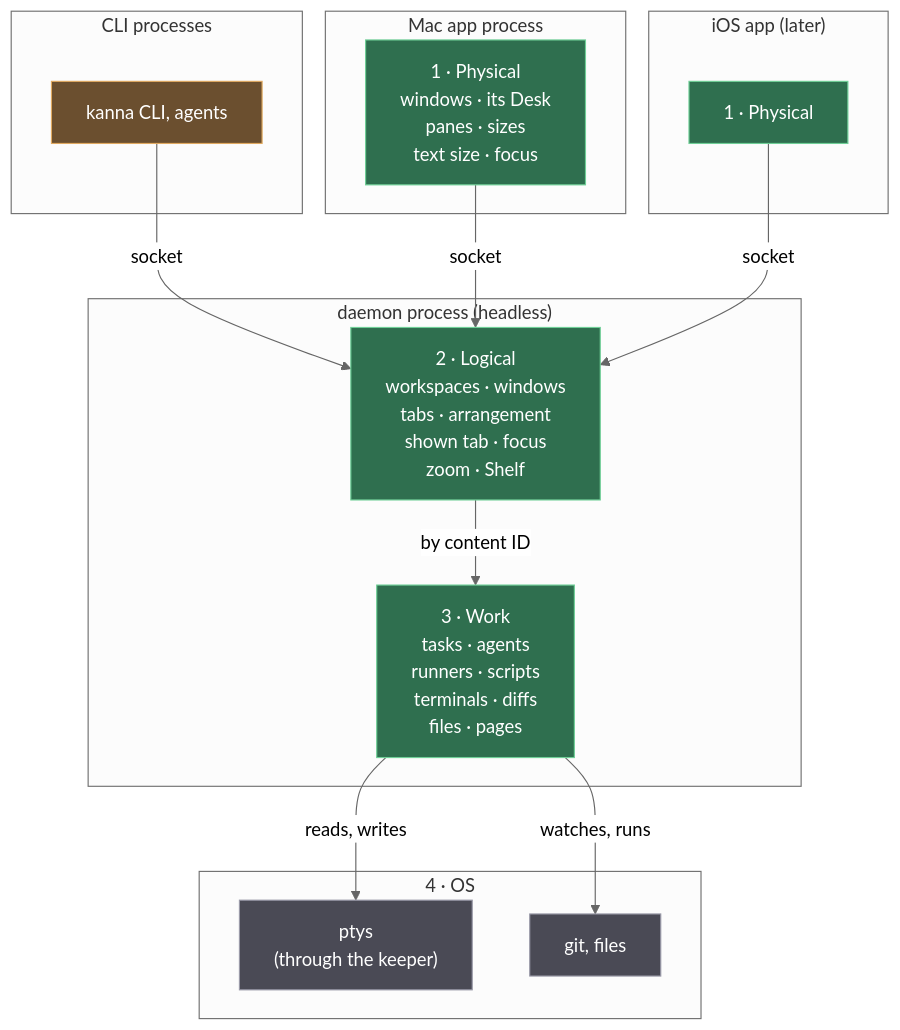
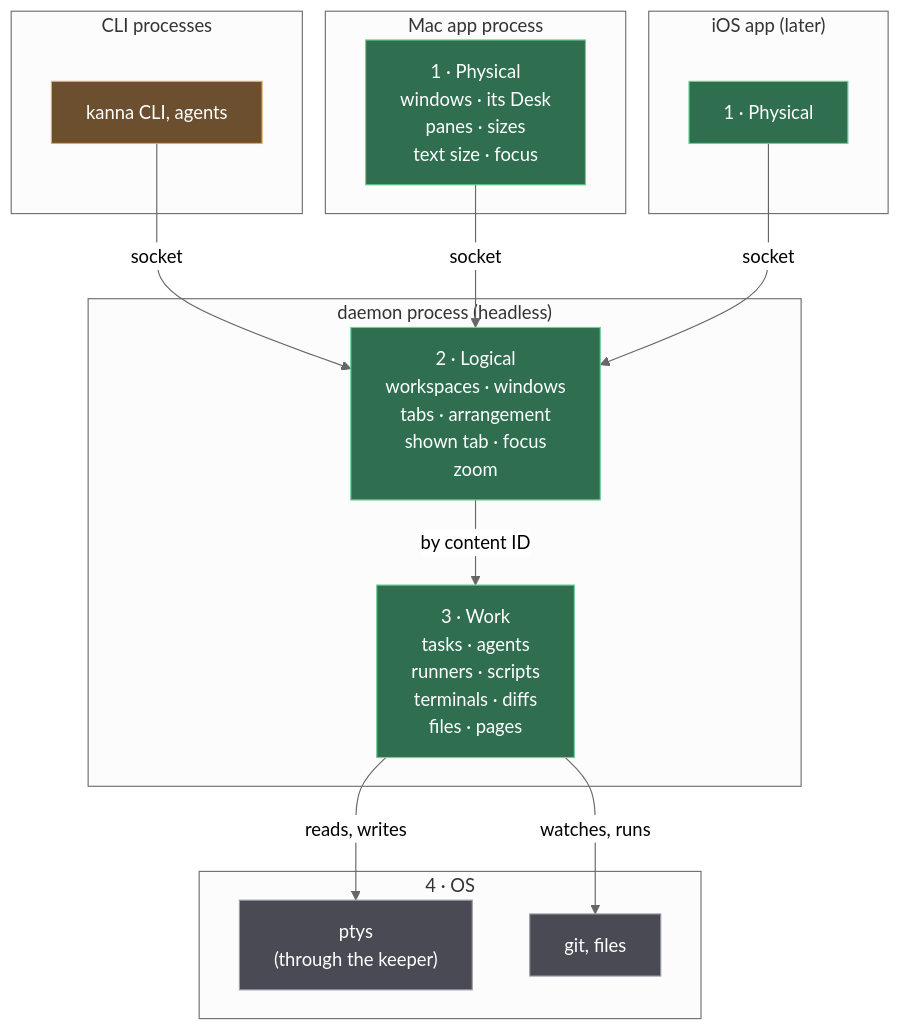
One commit to tampopogk/kanna changed the first of 2 diagrams in docs/specs/presentation-layers.md. Above: the diagram before and after it, drawn with Mermaid (neutral theme). The commit also changed other lines of this file and 39 other files, not shown here.

````diff
--- a/docs/specs/presentation-layers.md
+++ b/docs/specs/presentation-layers.md
@@ -19,32 +19,32 @@
 ```mermaid
 flowchart TB
     subgraph CLIP["CLI processes"]
         CLI["kanna CLI, agents"]
     end
     subgraph M["Mac app process"]
         PM["1 · Physical<br/>windows · its Desk<br/>panes · sizes<br/>text size · focus"]
     end
     subgraph I["iOS app (later)"]
         PI["1 · Physical"]
     end
     subgraph D["daemon process (headless)"]
-        L["2 · Logical<br/>workspaces · windows<br/>tabs · arrangement<br/>shown tab · focus<br/>zoom · Shelf"]
+        L["2 · Logical<br/>workspaces · windows<br/>tabs · arrangement<br/>shown tab · focus<br/>zoom"]
         W["3 · Work<br/>tasks · agents<br/>runners · scripts<br/>terminals · diffs<br/>files · pages"]
         L -->|"by content ID"| W
     end
     subgraph OS["4 · OS"]
         PTY["ptys<br/>(through the keeper)"]
         GIT["git, files"]
     end
     CLI -->|"socket"| L
     PM -->|"socket"| L
     PI -->|"socket"| L
     W -->|"reads, writes"| PTY
     W -->|"watches, runs"| GIT
     classDef ours fill:#2f6f4f,stroke:#6fcf97,color:#ffffff
     classDef os fill:#4a4a55,stroke:#9a9aa8,color:#ffffff
     classDef client fill:#6b4f2f,stroke:#e0a960,color:#ffffff
     class PM,PI,L,W ours
     class PTY,GIT os
     class CLI client
 ```
````
